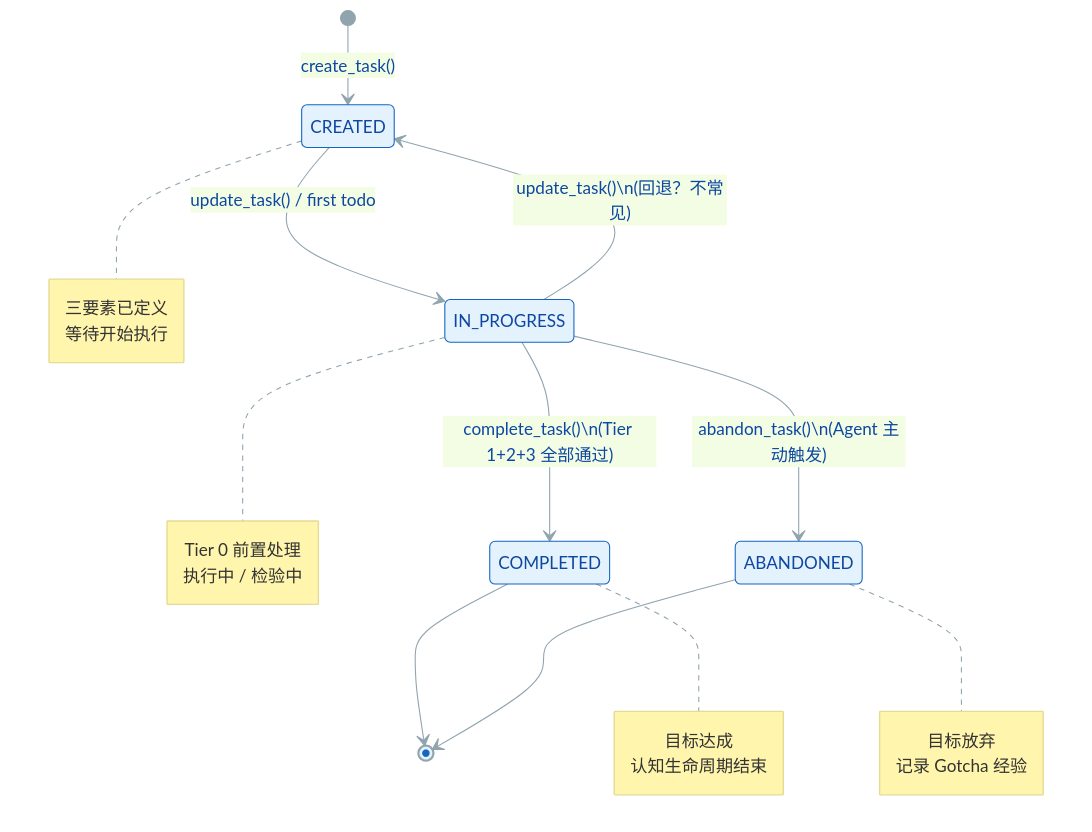
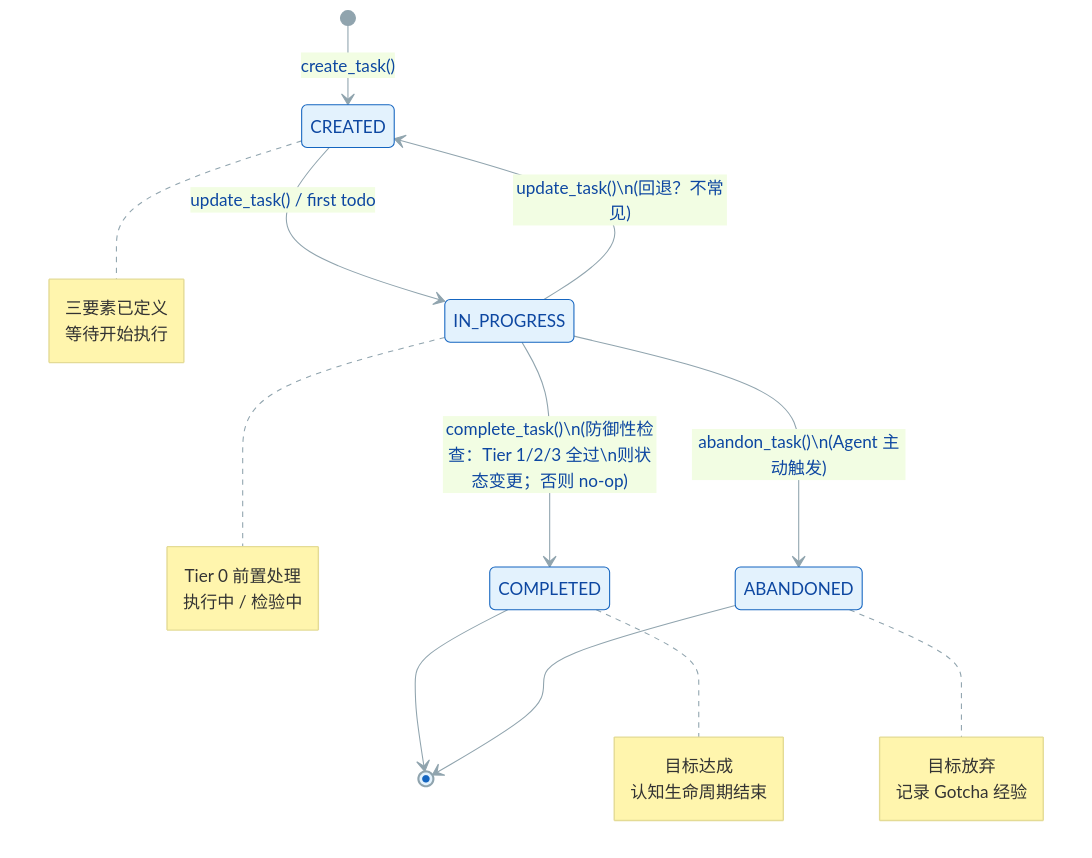
The tenth of 13 diagrams in docs/spec.md (Lazyn0tBug/mem0ress), drawn with Mermaid before and after one commit. The commit also changed other lines of this file, not shown here.

First line of the commit message:
docs: 规范一致性修订 - Tier 0 触发时机与 complete_task 防御检查

````diff
--- a/docs/spec.md
+++ b/docs/spec.md
@@ -638,29 +638,29 @@
 ```mermaid
 %% label：Task 生命周期状态机
 %%{ init: { 'theme': 'base', 'themeVariables': { 'primaryColor': '#e3f2fd', 'primaryTextColor': '#0d47a1', 'primaryBorderColor': '#1565c0', 'lineColor': '#90a4ae' } } }%%
 stateDiagram-v2
     [*] --> CREATED : create_task()
     CREATED --> IN_PROGRESS : update_task() / first todo
-    IN_PROGRESS --> COMPLETED : complete_task()\n(Tier 1+2+3 全部通过)
+    IN_PROGRESS --> COMPLETED : complete_task()\n(防御性检查：Tier 1/2/3 全过\n则状态变更；否则 no-op)
     IN_PROGRESS --> ABANDONED : abandon_task()\n(Agent 主动触发)
     IN_PROGRESS --> CREATED : update_task()\n(回退？不常见)
     COMPLETED --> [*]
     ABANDONED --> [*]
 
     note right of CREATED
         三要素已定义
         等待开始执行
     end note
     note right of IN_PROGRESS
         Tier 0 前置处理
         执行中 / 检验中
     end note
     note right of COMPLETED
         目标达成
         认知生命周期结束
     end note
     note right of ABANDONED
         目标放弃
         记录 Gotcha 经验
     end note
 ```
````
